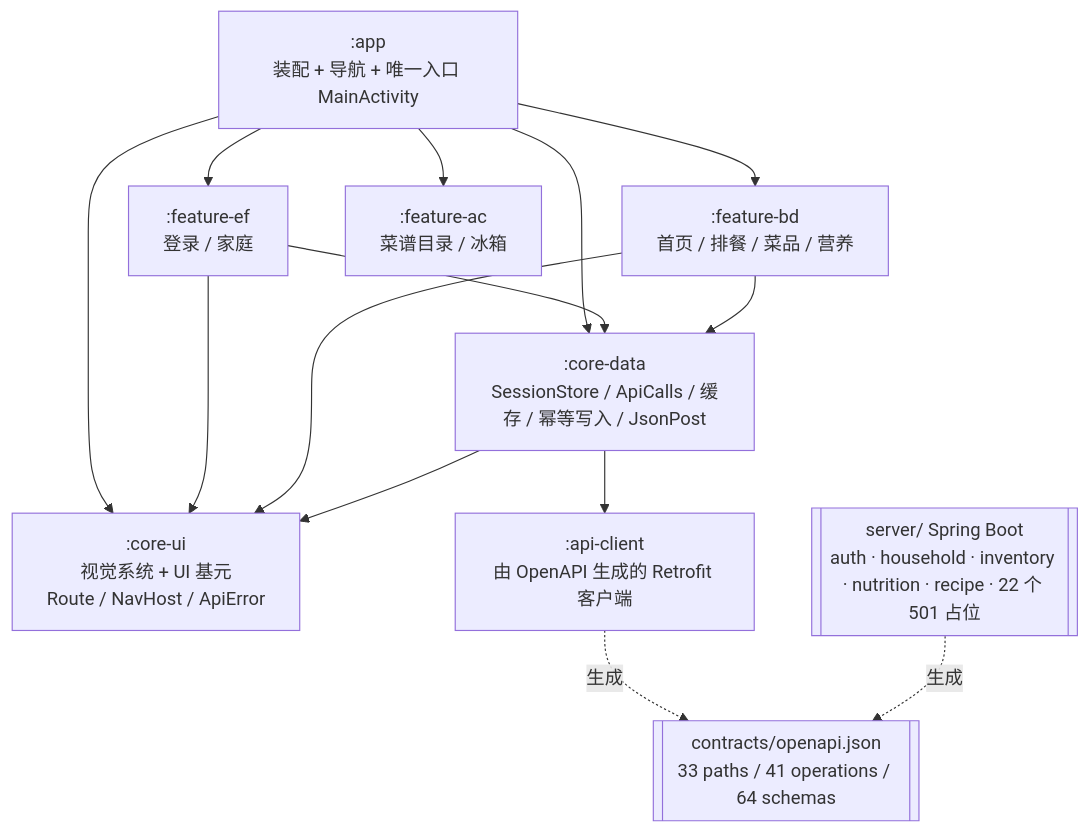
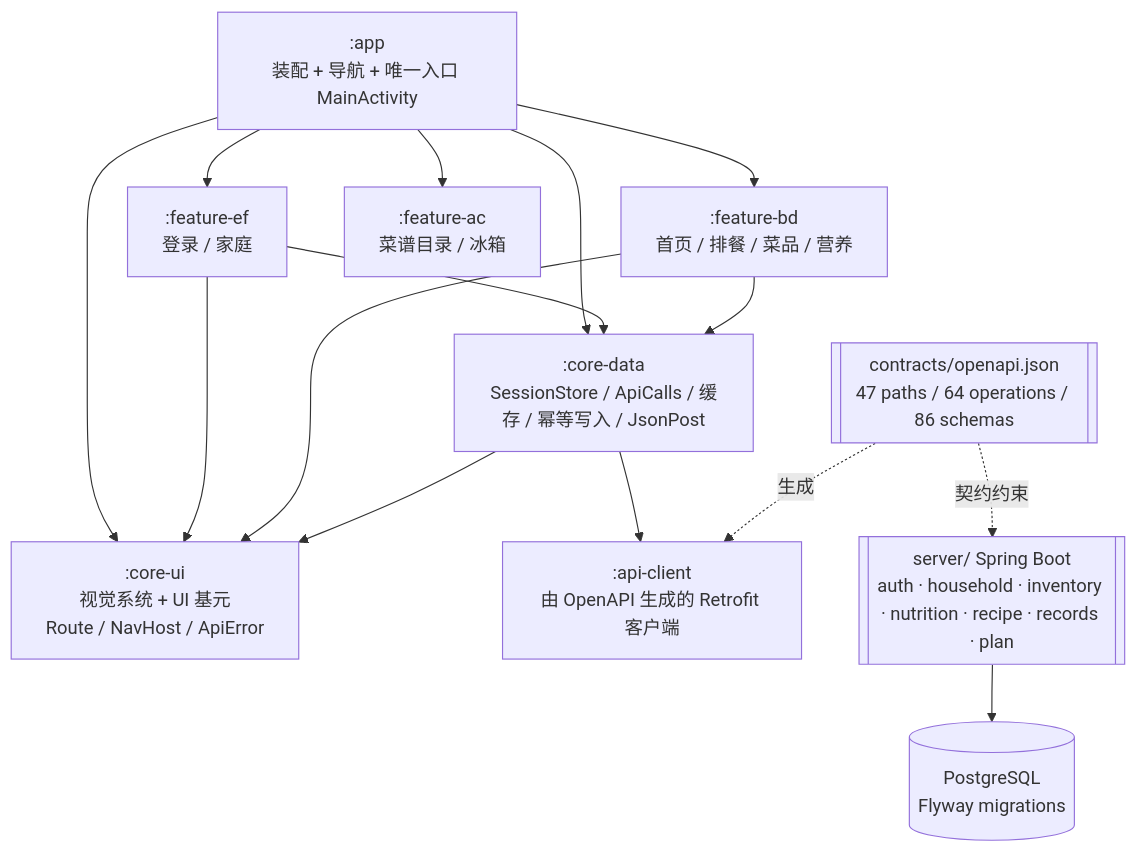
Before and after one commit to XJTLU-CSI301-Group27/civa-arch: the diagram in README.md, drawn with Mermaid. The commit also changed other lines of this file and 11 other files, not shown here.

Commit message:
docs: refresh README screenshots with Xiaomi tablet and update architecture

````diff
--- a/README.md
+++ b/README.md
@@ -49,19 +49,21 @@
 ```mermaid
 graph TD
     app[":app<br/>装配 + 导航 + 唯一入口 MainActivity"]
     ef[":feature-ef<br/>登录 / 家庭"]
     bd[":feature-bd<br/>首页 / 排餐 / 菜品 / 营养"]
     ac[":feature-ac<br/>菜谱目录 / 冰箱"]
     ui[":core-ui<br/>视觉系统 + UI 基元<br/>Route / NavHost / ApiError"]
     data[":core-data<br/>SessionStore / ApiCalls / 缓存 / 幂等写入 / JsonPost"]
     api[":api-client<br/>由 OpenAPI 生成的 Retrofit 客户端"]
-    contract[["contracts/openapi.json<br/>33 paths / 41 operations / 64 schemas"]]
-    server[["server/ Spring Boot<br/>auth · household · inventory · nutrition · recipe · 22 个 501 占位"]]
+    contract[["contracts/openapi.json<br/>47 paths / 64 operations / 86 schemas"]]
+    server[["server/ Spring Boot<br/>auth · household · inventory · nutrition · recipe · records · plan"]]
+    db[("PostgreSQL<br/>Flyway migrations")]
 
     app --> ef & bd & ac & ui & data
     ef --> ui & data
     bd --> ui & data
     data --> ui & api
-    api -. 生成 .-> contract
-    server -. 生成 .-> contract
+    contract -. 生成 .-> api
+    contract -. 契约约束 .-> server
+    server --> db
 ```
````
